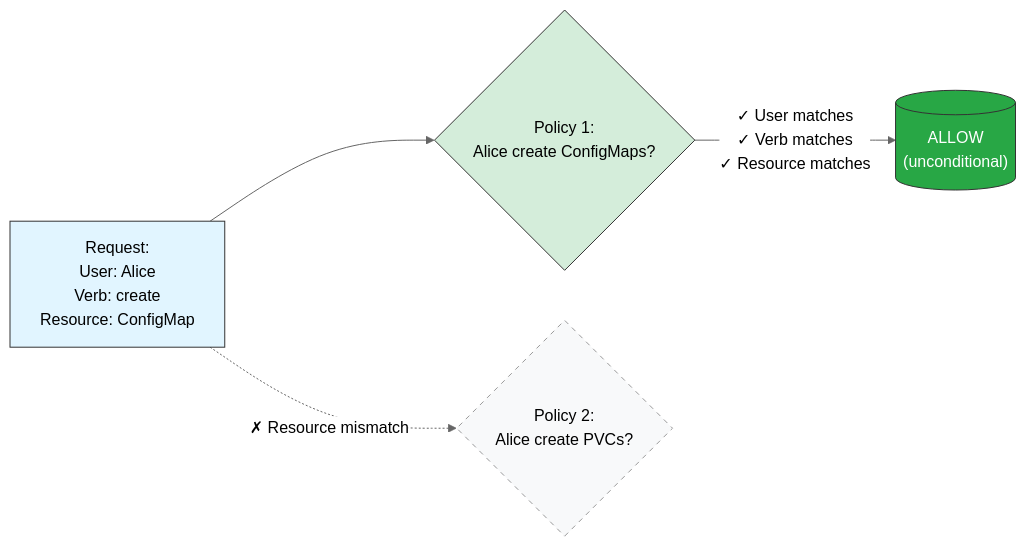
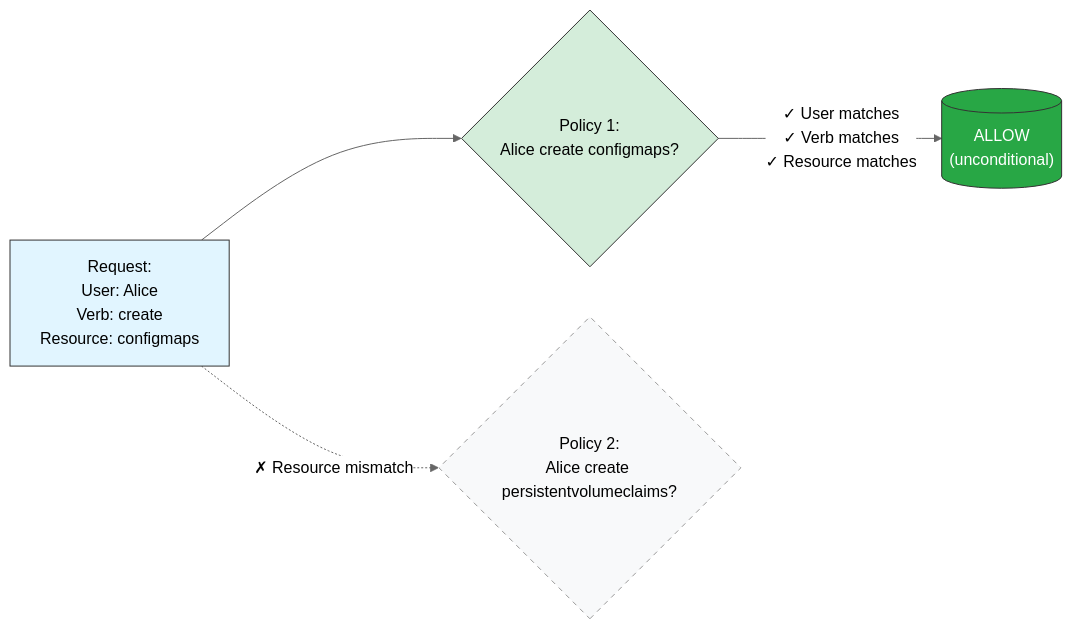
One commit to kubernetes/website changed the first of 6 diagrams in content/en/docs/reference/access-authn-authz/authorization.md. Above: the diagram before and after it, drawn with Mermaid (neutral theme). The commit also changed other lines of this file and 1 other file, not shown here.

````diff
--- a/content/en/docs/reference/access-authn-authz/authorization.md
+++ b/content/en/docs/reference/access-authn-authz/authorization.md
@@ -491,18 +492,18 @@
 ```mermaid
 graph LR
-    Request["Request:<br/>User: Alice<br/>Verb: create<br/>Resource: ConfigMap"]
+    Request["Request:<br/>User: Alice<br/>Verb: create<br/>Resource: configmaps"]
 
-    Policy1{"Policy 1:<br/>Alice create ConfigMaps?"}
-    Policy2{"Policy 2:<br/>Alice create PVCs?"}
+    Policy1{"Policy 1:<br/>Alice create configmaps?"}
+    Policy2{"Policy 2:<br/>Alice create persistentvolumeclaims?"}
 
     Allow[("ALLOW<br/>(unconditional)")]
 
     Request --> Policy1
     Policy1 -->|"✓ User matches<br/>✓ Verb matches<br/>✓ Resource matches"| Allow
     Request -.->|"✗ Resource mismatch"| Policy2
 
     style Request fill:#e1f5ff,stroke:#333
     style Policy1 fill:#d4edda,stroke:#333
     style Policy2 fill:#f8f9fa,stroke:#999,stroke-dasharray: 5 5
     style Allow fill:#28a745,stroke:#333,color:#fff
 ```
````
